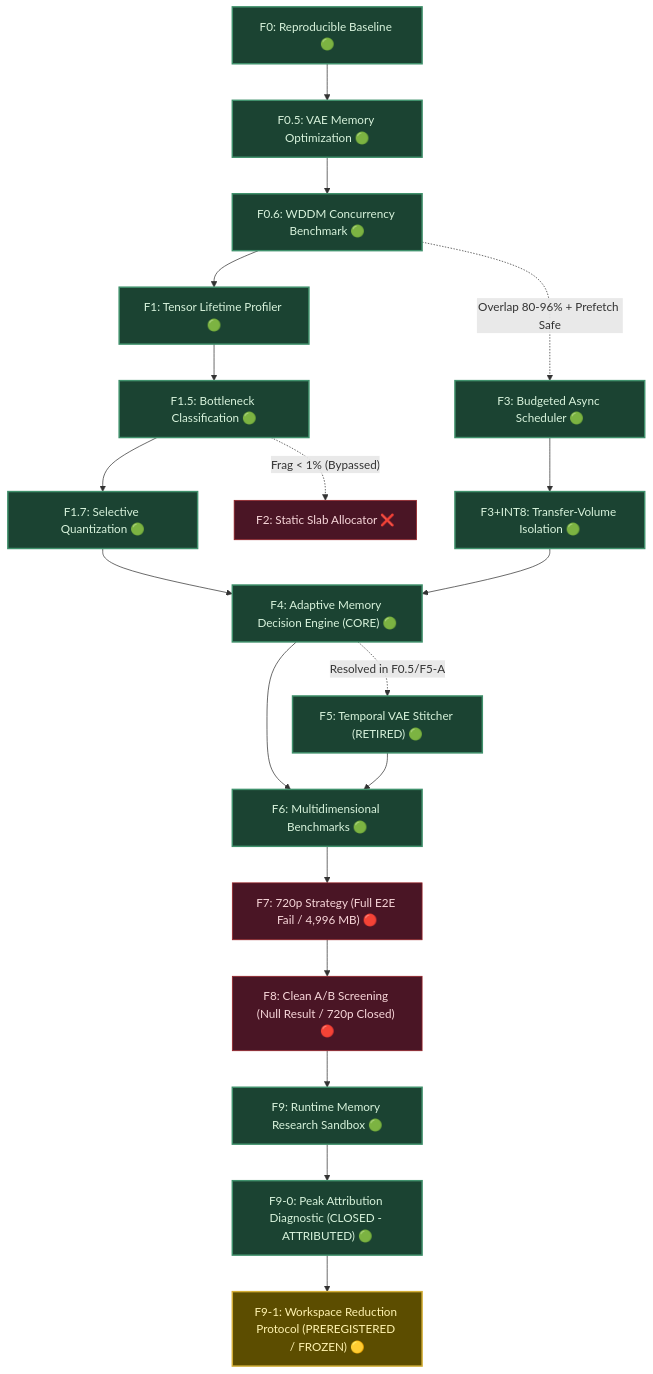
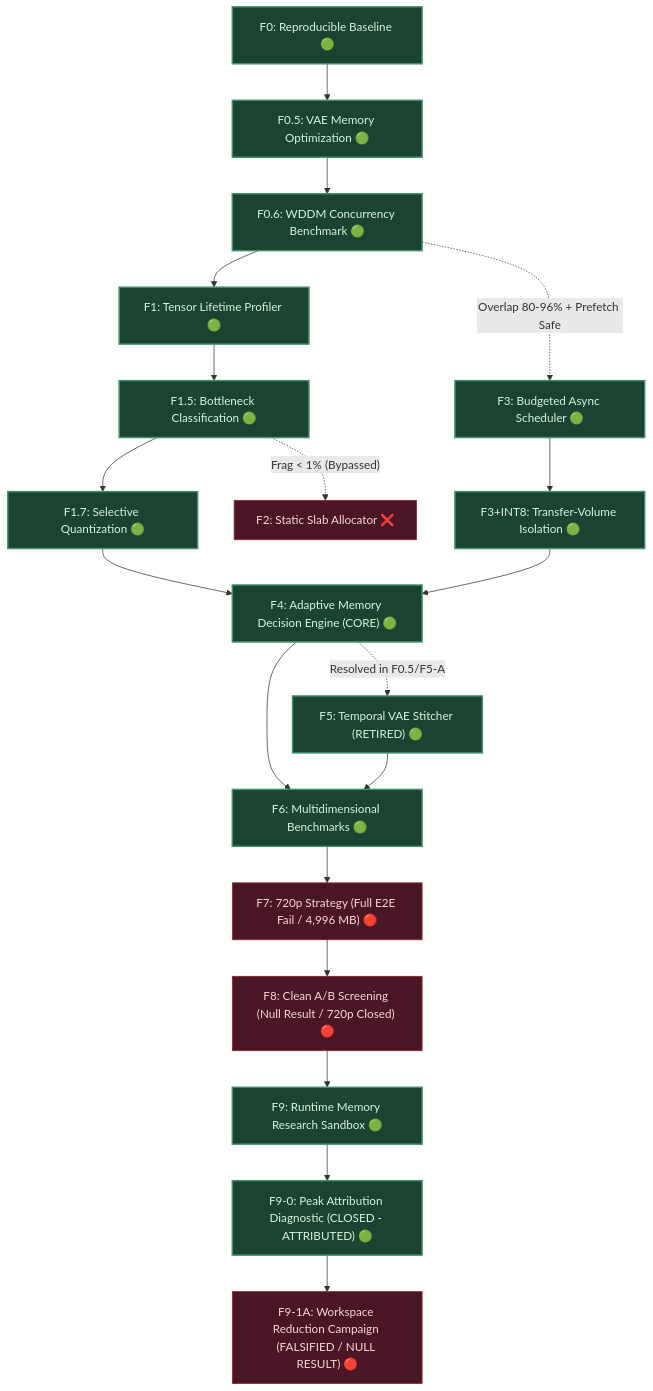
One commit to LARP/marley-adaptive-runtime changed the diagram in ROADMAP.md. Above: the diagram before and after it, drawn with Mermaid. The commit also changed other lines of this file and 25 other files, not shown here.

First line of the commit message:
feat(f9): execute F9-1A workspace reduction campaign and record null result

````diff
--- a/ROADMAP.md
+++ b/ROADMAP.md
@@ -89,29 +89,28 @@
 ```mermaid
 flowchart TD
     F0["F0: Reproducible Baseline 🟢"] --> F05["F0.5: VAE Memory Optimization 🟢"]
     F05 --> F06["F0.6: WDDM Concurrency Benchmark 🟢"]
     F06 --> F1["F1: Tensor Lifetime Profiler 🟢"]
     F1 --> F15["F1.5: Bottleneck Classification 🟢"]
     F15 --> F17["F1.7: Selective Quantization 🟢"]
     F15 -.->|"Frag < 1% (Bypassed)"| F2["F2: Static Slab Allocator ❌"]
     F06 -.->|"Overlap 80-96% + Prefetch Safe"| F3["F3: Budgeted Async Scheduler 🟢"]
     F17 --> F4["F4: Adaptive Memory Decision Engine (CORE) 🟢"]
     F3 --> F3I8["F3+INT8: Transfer-Volume Isolation 🟢"] --> F4
     F4 -.->|"Resolved in F0.5/F5-A"| F5["F5: Temporal VAE Stitcher (RETIRED) 🟢"]
     F4 --> F6["F6: Multidimensional Benchmarks 🟢"]
     F5 --> F6
     F6 --> F7["F7: 720p Strategy (Full E2E Fail / 4,996 MB) 🔴"]
     F7 --> F8["F8: Clean A/B Screening (Null Result / 720p Closed) 🔴"]
     F8 --> F9["F9: Runtime Memory Research Sandbox 🟢"]
     F9 --> F90["F9-0: Peak Attribution Diagnostic (CLOSED - ATTRIBUTED) 🟢"]
-    F90 --> F91["F9-1: Workspace Reduction Protocol (PREREGISTERED / FROZEN) 🟡"]
+    F90 --> F91A["F9-1A: Workspace Reduction Campaign (FALSIFIED / NULL RESULT) 🔴"]
 
     classDef pass fill:#1b4332,stroke:#40916c,stroke-width:2px,color:#d8f3dc;
     classDef inprog fill:#5c4d00,stroke:#d4af37,stroke-width:2px,color:#fff3b0;
     classDef bypass fill:#4a1525,stroke:#9b2226,stroke-width:1px,color:#f8d7da;
     class F0,F05,F06,F1,F15,F17,F3 pass;
     class F3I8,F4,F5,F6,F9,F90 pass;
-    class F7,F8 bypass;
+    class F7,F8,F91A bypass;
     class F2 bypass;
-    class F91 inprog;
 ```
````
